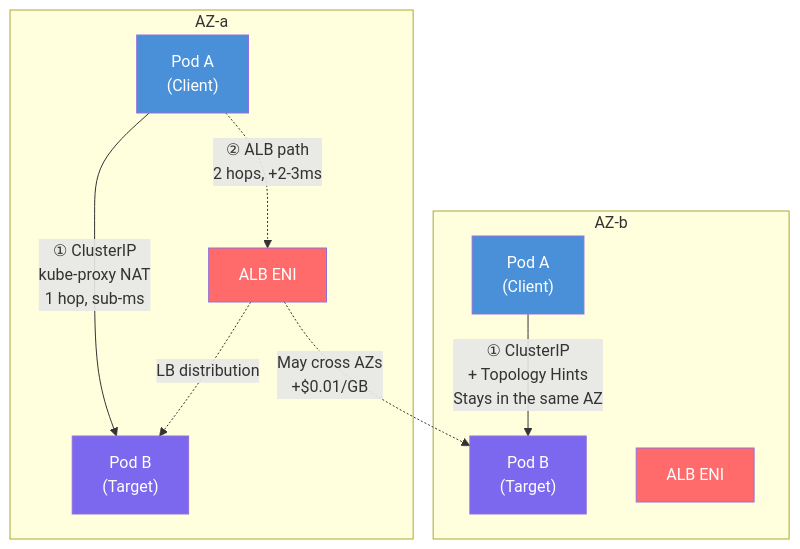
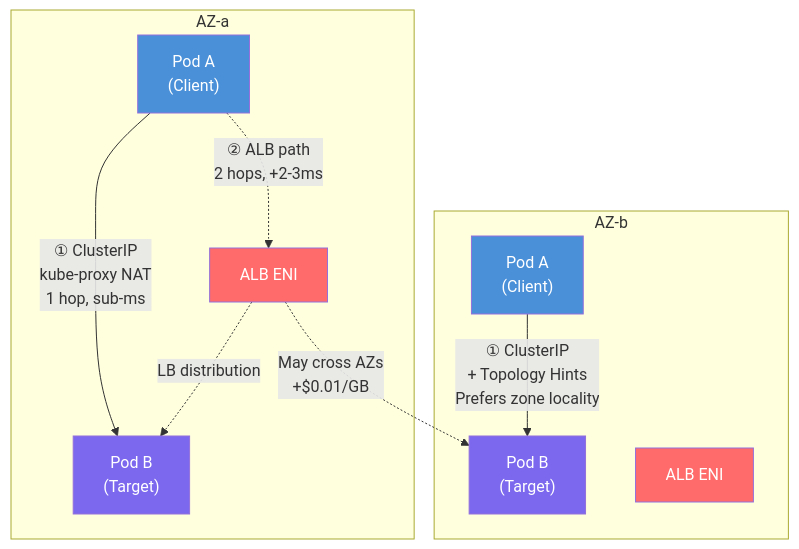
Before and after one commit to devfloor9/engineering-playbook: the first of 2 diagrams in i18n/en/docusaurus-plugin-content-docs/current/eks-best-practices/networking-performance/east-west-traffic-best-practice.md, drawn with Mermaid. The commit also changed other lines of this file and 7 other files, not shown here.

````diff
--- a/i18n/en/docusaurus-plugin-content-docs/current/eks-best-practices/networking-performance/east-west-traffic-best-practice.md
+++ b/i18n/en/docusaurus-plugin-content-docs/current/eks-best-practices/networking-performance/east-west-traffic-best-practice.md
@@ -96,28 +98,28 @@
 ```mermaid
 graph TB
     subgraph AZ_A["AZ-a"]
         PodA1["Pod A<br/>(Client)"]
         PodB1["Pod B<br/>(Target)"]
         ALB_ENI_A["ALB ENI"]
     end
 
     subgraph AZ_B["AZ-b"]
         PodA2["Pod A<br/>(Client)"]
         PodB2["Pod B<br/>(Target)"]
         ALB_ENI_B["ALB ENI"]
     end
 
     PodA1 -->|"① ClusterIP<br/>kube-proxy NAT<br/>1 hop, sub-ms"| PodB1
     PodA1 -.->|"② ALB path<br/>2 hops, +2-3ms"| ALB_ENI_A
     ALB_ENI_A -.->|"LB distribution"| PodB1
     ALB_ENI_A -.->|"May cross AZs<br/>+$0.01/GB"| PodB2
 
-    PodA2 -->|"① ClusterIP<br/>+ Topology Hints<br/>Stays in the same AZ"| PodB2
+    PodA2 -->|"① ClusterIP<br/>+ Topology Hints<br/>Prefers zone locality"| PodB2
 
     style PodA1 fill:#4A90D9,color:#fff
     style PodA2 fill:#4A90D9,color:#fff
     style PodB1 fill:#7B68EE,color:#fff
     style PodB2 fill:#7B68EE,color:#fff
     style ALB_ENI_A fill:#FF6B6B,color:#fff
     style ALB_ENI_B fill:#FF6B6B,color:#fff
 ```
````
